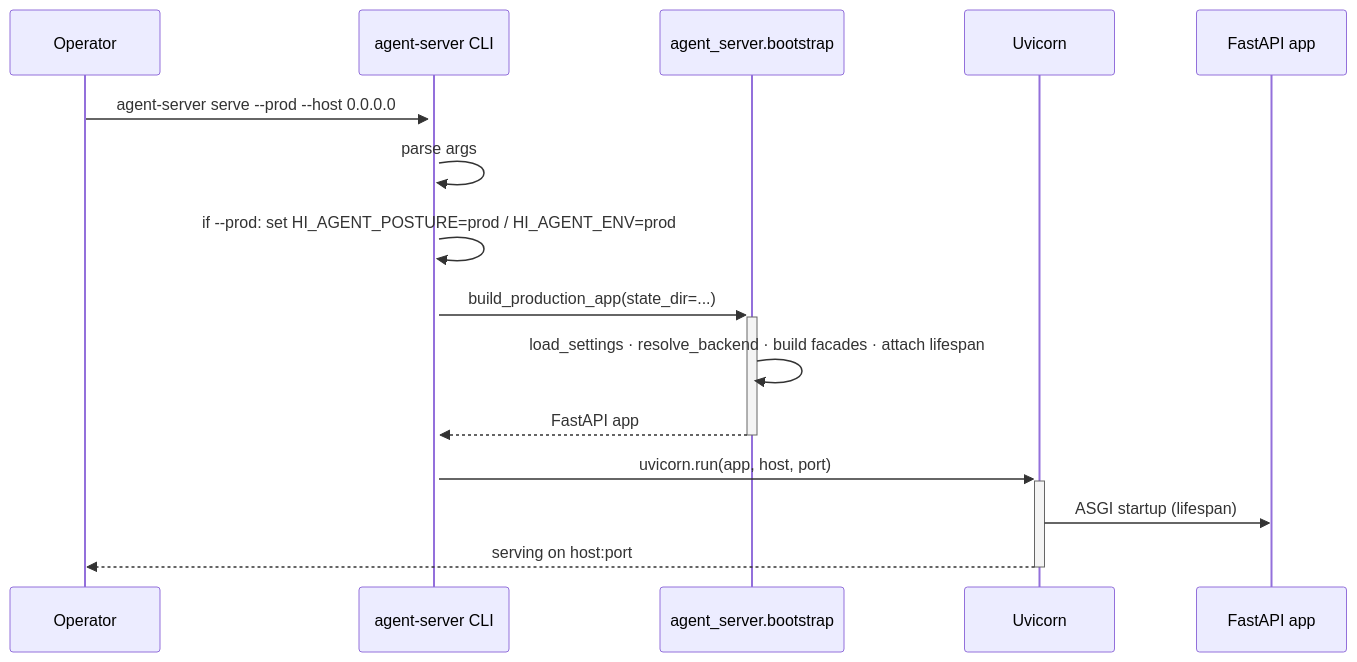
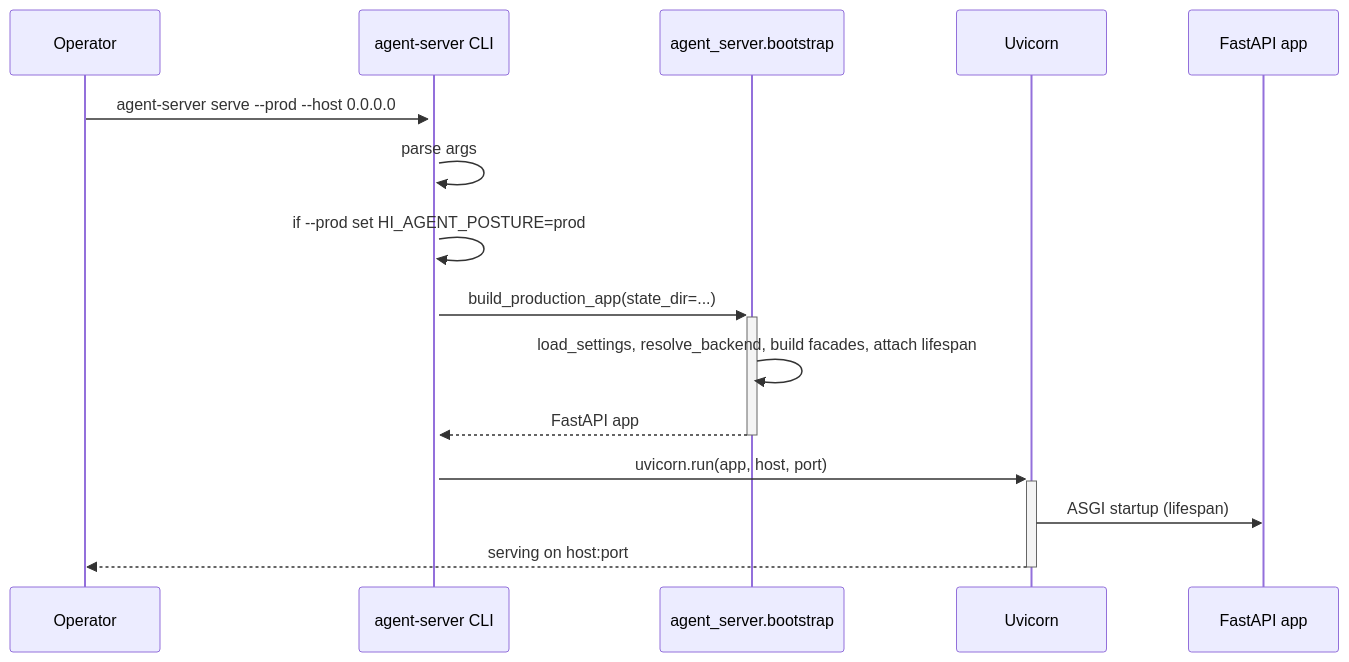
One commit to chaosxingxc-orion/hi-agent changed the second of 3 diagrams in agent_server/cli/ARCHITECTURE.md. Above: the diagram before and after it, drawn with Mermaid. The commit also changed other lines of this file and 9 other files, not shown here.

````diff
--- a/agent_server/cli/ARCHITECTURE.md
+++ b/agent_server/cli/ARCHITECTURE.md
@@ -112,18 +91,18 @@
 ```mermaid
 sequenceDiagram
     participant Operator
     participant CLI as agent-server CLI
     participant Bootstrap as agent_server.bootstrap
     participant Uvicorn
     participant App as FastAPI app
 
     Operator->>+CLI: agent-server serve --prod --host 0.0.0.0
     CLI->>CLI: parse args
-    CLI->>CLI: if --prod: set HI_AGENT_POSTURE=prod / HI_AGENT_ENV=prod
+    CLI->>CLI: if --prod set HI_AGENT_POSTURE=prod
     CLI->>+Bootstrap: build_production_app(state_dir=...)
-    Bootstrap->>Bootstrap: load_settings · resolve_backend · build facades · attach lifespan
+    Bootstrap->>Bootstrap: load_settings, resolve_backend, build facades, attach lifespan
     Bootstrap-->>-CLI: FastAPI app
     CLI->>+Uvicorn: uvicorn.run(app, host, port)
     Uvicorn->>App: ASGI startup (lifespan)
     Uvicorn-->>-Operator: serving on host:port
 ```
````
